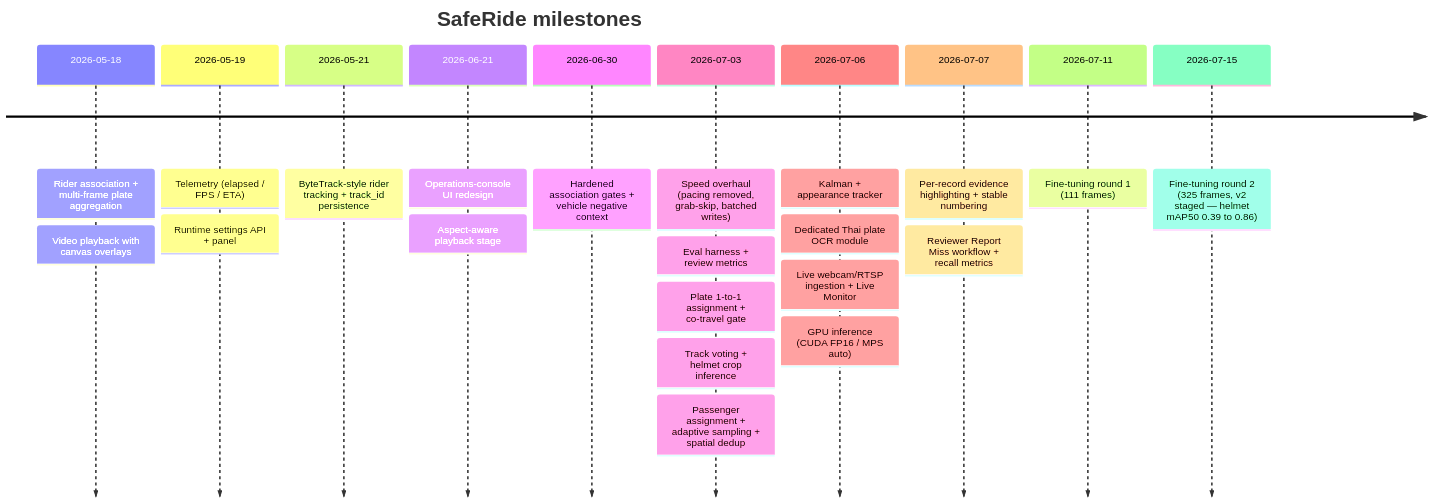
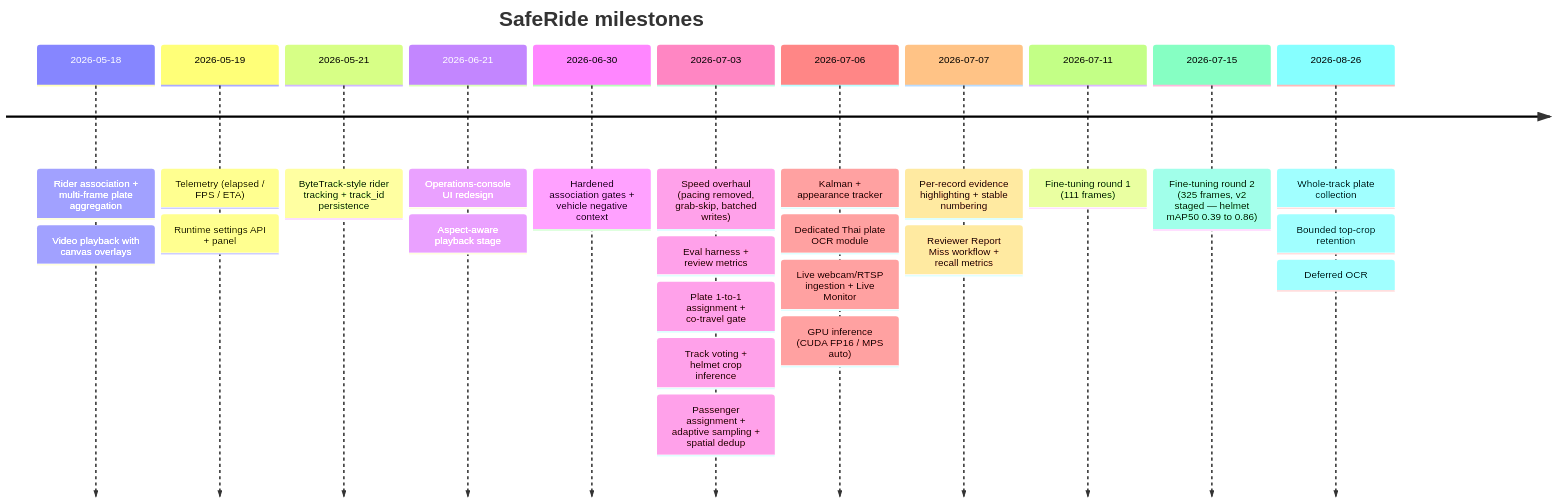
Diagram 13 of 13 in docs/system-design.md (KhantNyi/SafeRide), drawn with Mermaid before and after one commit. The commit also changed other lines of this file and 8 other files, not shown here.

Commit message:
Improve whole-track plate capture

````diff
--- a/docs/system-design.md
+++ b/docs/system-design.md
@@ -707,14 +709,15 @@
 ```mermaid
 timeline
     title SafeRide milestones
     2026-05-18 : Rider association + multi-frame plate aggregation : Video playback with canvas overlays
     2026-05-19 : Telemetry (elapsed / FPS / ETA) : Runtime settings API + panel
     2026-05-21 : ByteTrack-style rider tracking + track_id persistence
     2026-06-21 : Operations-console UI redesign : Aspect-aware playback stage
     2026-06-30 : Hardened association gates + vehicle negative context
     2026-07-03 : Speed overhaul (pacing removed, grab-skip, batched writes) : Eval harness + review metrics : Plate 1-to-1 assignment + co-travel gate : Track voting + helmet crop inference : Passenger assignment + adaptive sampling + spatial dedup
     2026-07-06 : Kalman + appearance tracker : Dedicated Thai plate OCR module : Live webcam/RTSP ingestion + Live Monitor : GPU inference (CUDA FP16 / MPS auto)
     2026-07-07 : Per-record evidence highlighting + stable numbering : Reviewer Report Miss workflow + recall metrics
     2026-07-11 : Fine-tuning round 1 (111 frames)
     2026-07-15 : Fine-tuning round 2 (325 frames, v2 staged — helmet mAP50 0.39 to 0.86)
+    2026-08-26 : Whole-track plate collection : Bounded top-crop retention : Deferred OCR
 ```
````
